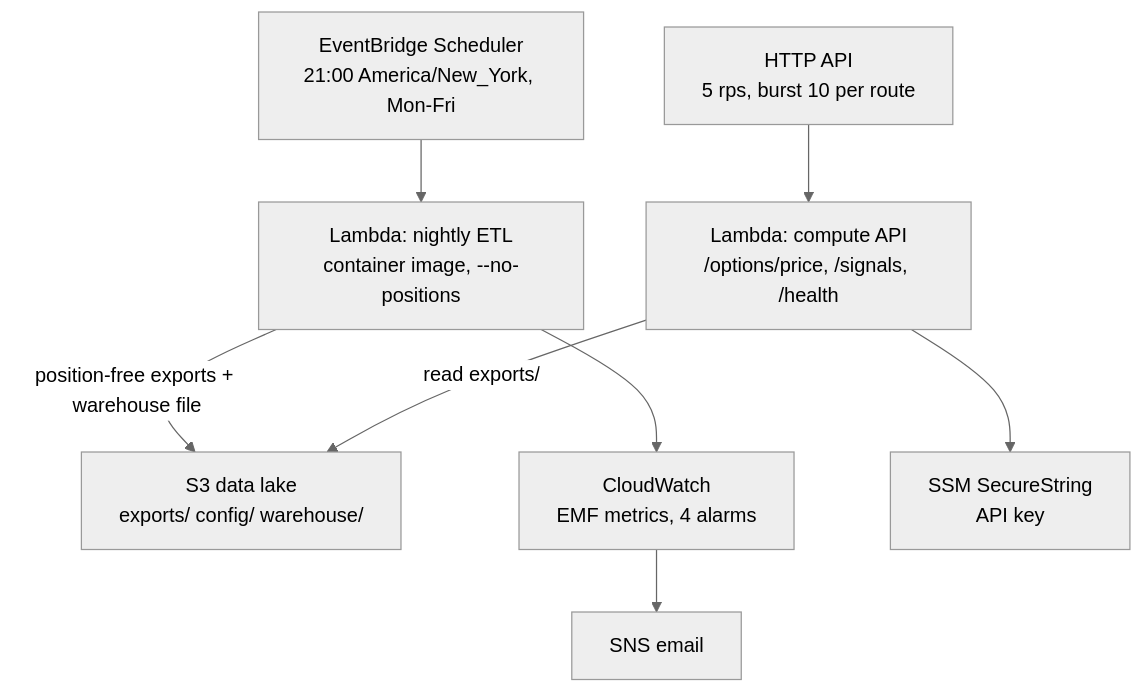
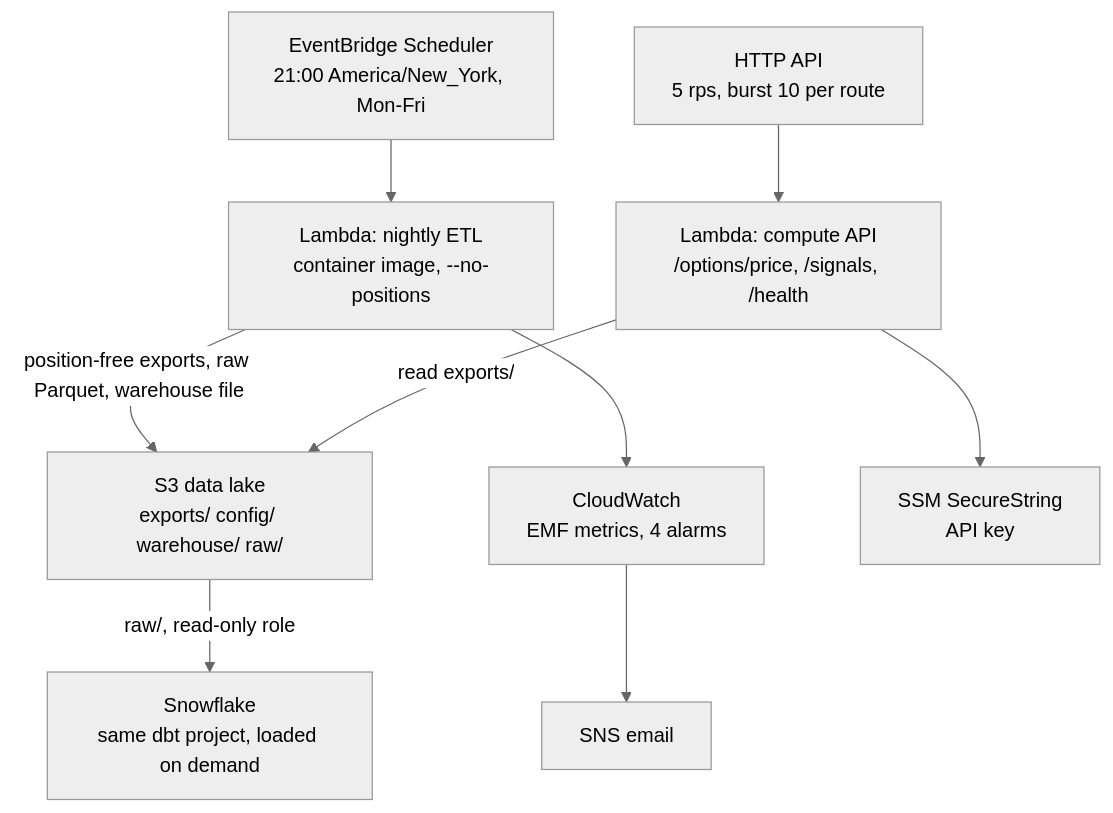
The seventh of 9 diagrams in README.md (C0k11/quantai), drawn with Mermaid (neutral theme) before and after one commit. The commit also changed other lines of this file, not shown here.

Commit message:
docs: README covers the Snowflake engine with measured results

````diff
--- a/README.md
+++ b/README.md
@@ -311,10 +315,11 @@
 ```mermaid
 flowchart TB
     EB["EventBridge Scheduler<br/>21:00 America/New_York, Mon-Fri"] --> ETL["Lambda: nightly ETL<br/>container image, --no-positions"]
-    ETL -->|"position-free exports + warehouse file"| S3["S3 data lake<br/>exports/ config/ warehouse/"]
+    ETL -->|"position-free exports, raw Parquet, warehouse file"| S3["S3 data lake<br/>exports/ config/ warehouse/ raw/"]
     ETL --> CW["CloudWatch<br/>EMF metrics, 4 alarms"]
     CW --> SNS["SNS email"]
     GW["HTTP API<br/>5 rps, burst 10 per route"] --> FN["Lambda: compute API<br/>/options/price, /signals, /health"]
     FN -->|"read exports/"| S3
     FN --> SSM["SSM SecureString<br/>API key"]
+    S3 -->|"raw/, read-only role"| SF["Snowflake<br/>same dbt project, loaded on demand"]
 ```
````
